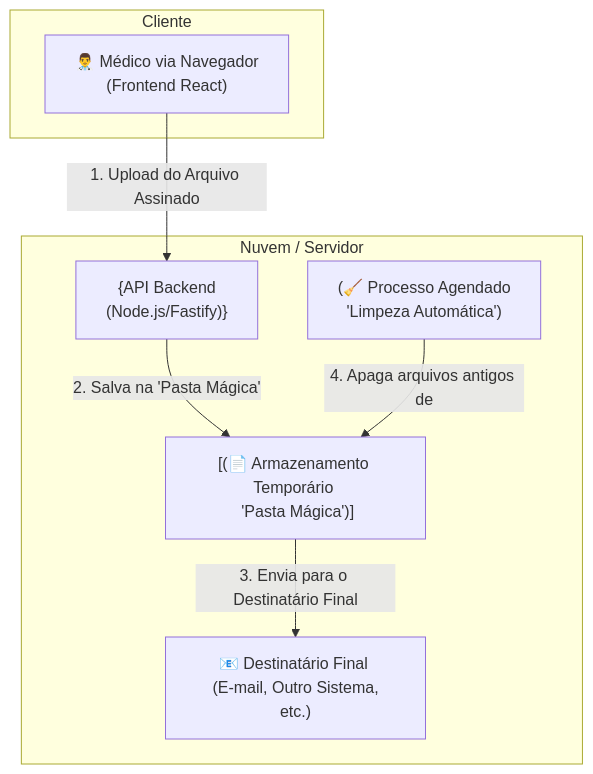
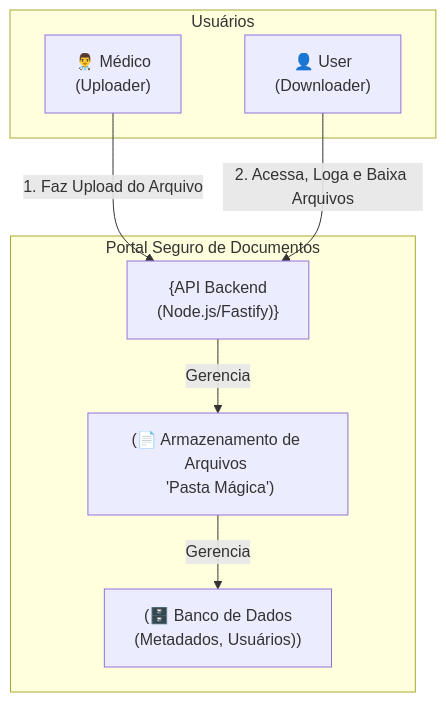
One commit to CAFFD/prontuario-saude changed the diagram in docs/data-flow.md. Above: the diagram before and after it, drawn with Mermaid. The commit also changed other lines of this file, not shown here.

Commit message:
Update data-flow.md
news functions

````diff
--- a/docs/data-flow.md
+++ b/docs/data-flow.md
@@ -6,18 +6,19 @@
 ``` mermaid
 graph TD
-    subgraph "Cliente"
-        A["👨‍⚕️ Médico via Navegador <br>(Frontend React)"]
+    subgraph "Usuários"
+        A["👨‍⚕️ Médico <br> (Uploader)"]
+        B["👤 User <br> (Downloader)"]
     end
 
-    subgraph "Nuvem / Servidor"
-        B["{API Backend <br>(Node.js/Fastify)}"]
-        C["[(📄 Armazenamento Temporário <br> 'Pasta Mágica')]"]
-        D["📧 Destinatário Final <br> (E-mail, Outro Sistema, etc.)"]
-        E["(🧹 Processo Agendado <br> 'Limpeza Automática')"]
+    subgraph "Portal Seguro de Documentos"
+        C["{API Backend <br> (Node.js/Fastify)}"]
+        D["(🗄️ Banco de Dados <br> (Metadados, Usuários))"]
+        E["(📄 Armazenamento de Arquivos <br> 'Pasta Mágica')"]
     end
 
-    A -- 1. Upload do Arquivo Assinado --> B
-    B -- 2. Salva na 'Pasta Mágica' --> C
-    C -- 3. Envia para o Destinatário Final --> D
-    E -- 4. Apaga arquivos antigos de --> C
+    A -- 1. Faz Upload do Arquivo --> C
+    B -- 2. Acessa, Loga e Baixa Arquivos --> C
+    
+    E -- Gerencia --> D
+    C -- Gerencia --> E
 ```
````
